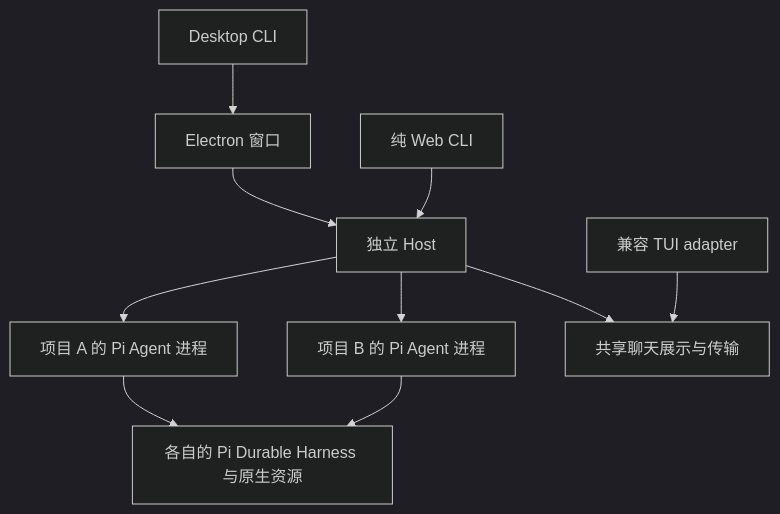
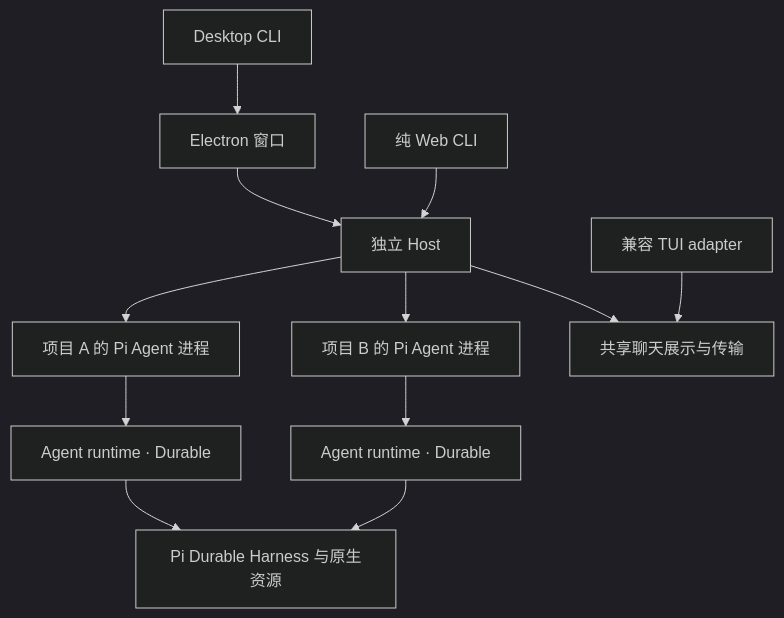
The diagram in docs/architecture/README.md (cmz488/pi-desktop), drawn with Mermaid (dark theme) before and after one commit. The commit also changed other lines of this file and 45 other files, not shown here.

````diff
--- a/docs/architecture/README.md
+++ b/docs/architecture/README.md
@@ -7,12 +7,14 @@
 ```mermaid
 flowchart TD
   CLI[Desktop CLI] --> Electron[Electron 窗口]
   Electron --> Host[独立 Host]
   Web[纯 Web CLI] --> Host
   Host --> A[项目 A 的 Pi Agent 进程]
   Host --> B[项目 B 的 Pi Agent 进程]
-  A --> Durable[各自的 Pi Durable Harness 与原生资源]
-  B --> Durable
+  A --> RuntimeA[Agent runtime · Durable]
+  B --> RuntimeB[Agent runtime · Durable]
+  RuntimeA --> Durable[Pi Durable Harness 与原生资源]
+  RuntimeB --> Durable
   TUI[兼容 TUI adapter] --> Shared[共享聊天展示与传输]
   Host --> Shared
 ```
````
